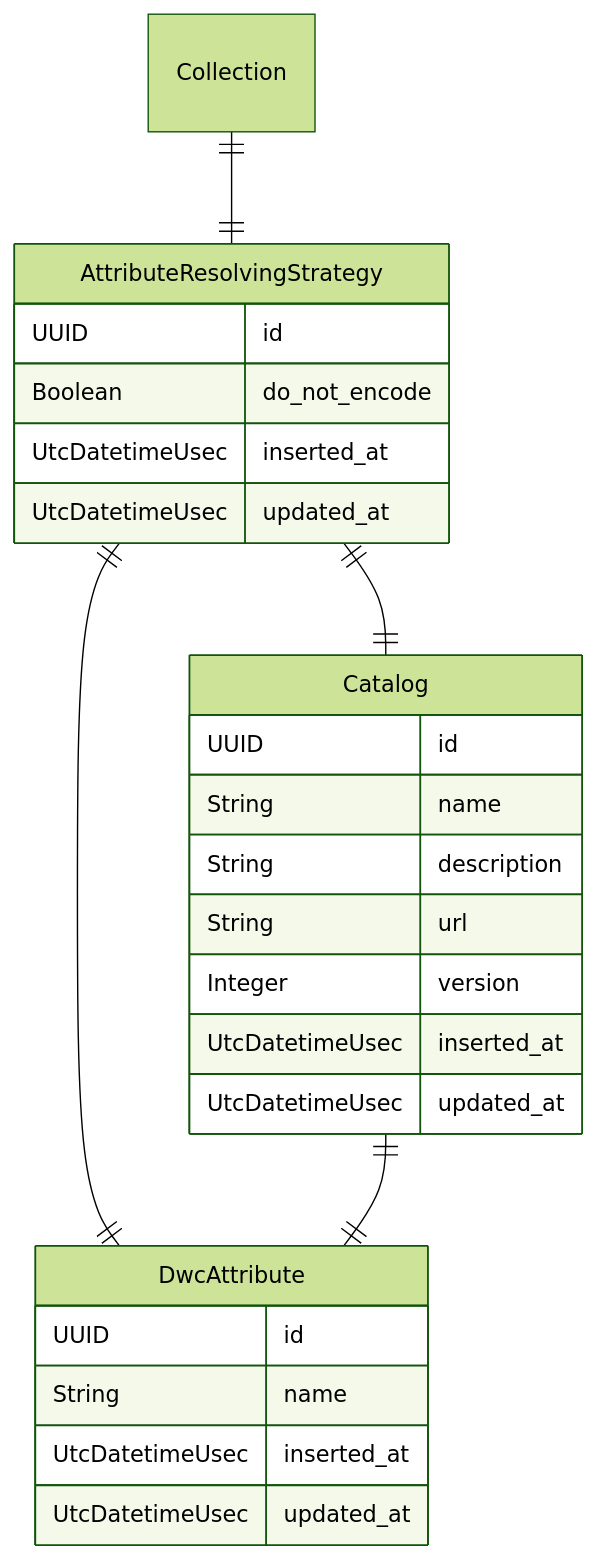
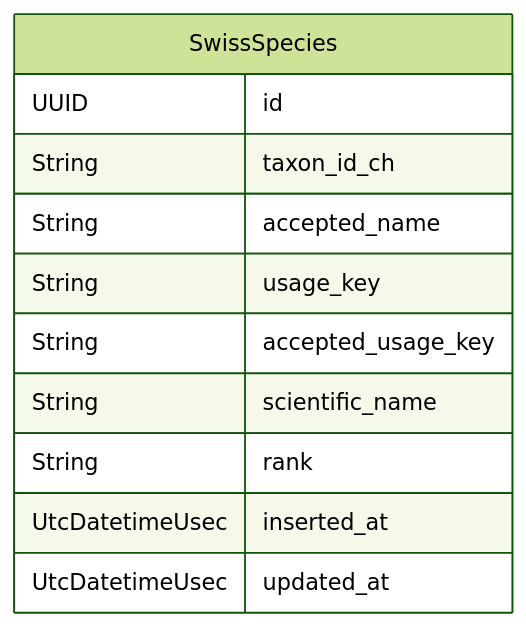
One commit to zebbra/data_aggregator changed the sixth of 10 diagrams in docs/api.md. Above: the diagram before and after it, drawn with Mermaid (forest theme). The commit also changed other lines of this file and 25 other files, not shown here.

Commit message:
setup for encoding towards swiss species catalog

````diff
--- a/docs/api.md
+++ b/docs/api.md
@@ -837,29 +902,14 @@
 ```mermaid
 erDiagram
-    DwcAttribute {
+    SwissSpecies {
         UUID id
-        String name
+        String taxon_id_ch
+        String accepted_name
+        String usage_key
+        String accepted_usage_key
+        String scientific_name
+        String rank
         UtcDatetimeUsec inserted_at
         UtcDatetimeUsec updated_at
     }
-    Catalog {
-        UUID id
-        String name
-        String description
-        String url
-        Integer version
-        UtcDatetimeUsec inserted_at
-        UtcDatetimeUsec updated_at
-    }
-    AttributeResolvingStrategy {
-        UUID id
-        Boolean do_not_encode
-        UtcDatetimeUsec inserted_at
-        UtcDatetimeUsec updated_at
-    }
-
-    Collection ||--|| AttributeResolvingStrategy : ""
-    AttributeResolvingStrategy ||--|| Catalog : ""
-    AttributeResolvingStrategy ||--|| DwcAttribute : ""
-    Catalog ||--|| DwcAttribute : ""
 ```
````
